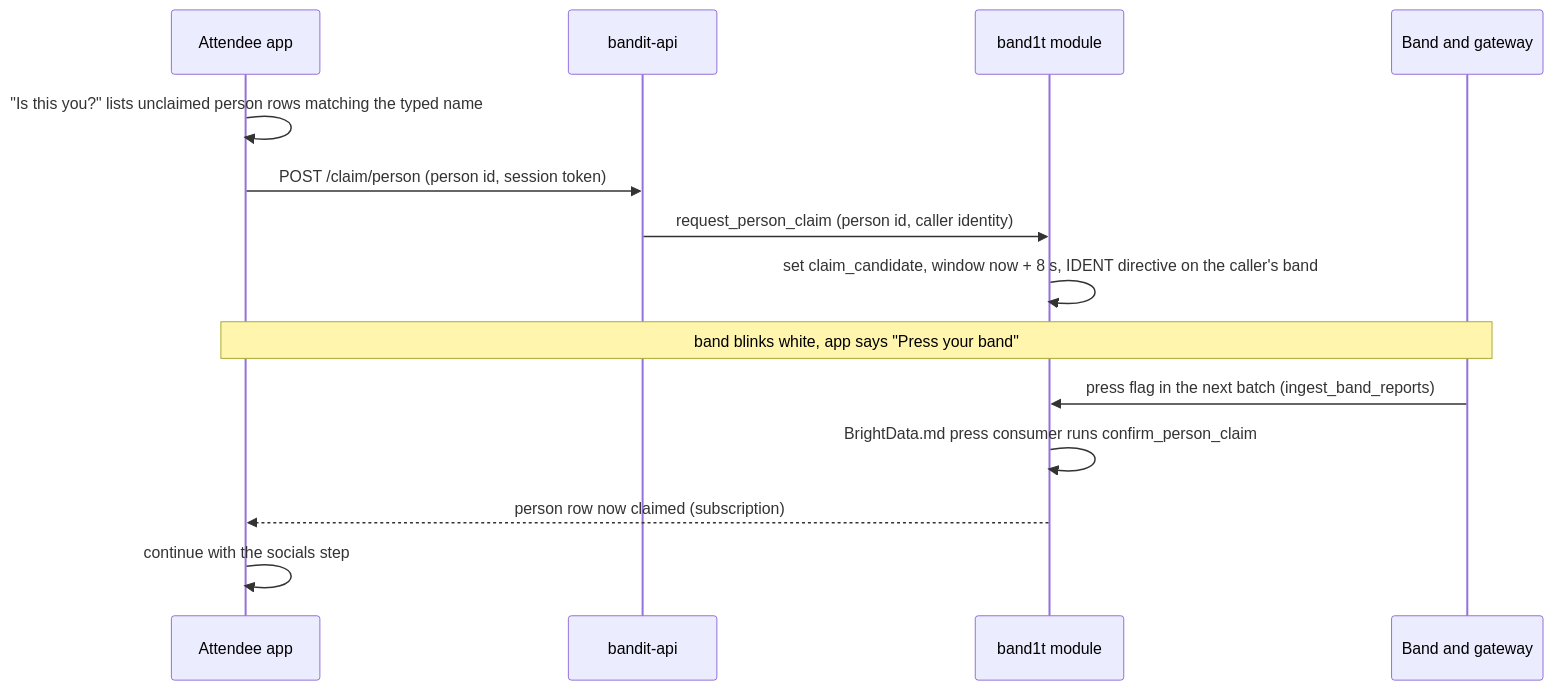
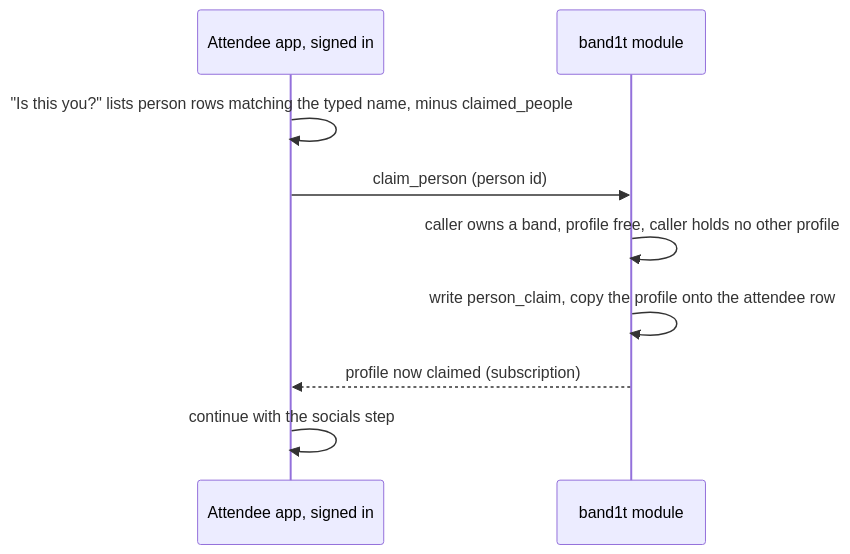
Before and after one commit to viktorinkov/cal-hacks-13: the third of 4 diagrams in System Design/7-integrations/BrightData.md, drawn with Mermaid. The commit also changed other lines of this file and 19 other files, not shown here.

````diff
--- a/System Design/7-integrations/BrightData.md
+++ b/System Design/7-integrations/BrightData.md
@@ -234,16 +239,11 @@
 ```mermaid
 sequenceDiagram
-  participant App as Attendee app
-  participant API as bandit-api
+  participant App as Attendee app, signed in
   participant Mod as band1t module
-  participant Band as Band and gateway
-  App->>App: "Is this you?" lists unclaimed person rows matching the typed name
-  App->>API: POST /claim/person (person id, session token)
-  API->>Mod: request_person_claim (person id, caller identity)
-  Mod->>Mod: set claim_candidate, window now + 8 s, IDENT directive on the caller's band
-  Note over App,Band: band blinks white, app says "Press your band"
-  Band->>Mod: press flag in the next batch (ingest_band_reports)
-  Mod->>Mod: BrightData.md press consumer runs confirm_person_claim
-  Mod-->>App: person row now claimed (subscription)
+  App->>App: "Is this you?" lists person rows matching the typed name, minus claimed_people
+  App->>Mod: claim_person (person id)
+  Mod->>Mod: caller owns a band, profile free, caller holds no other profile
+  Mod->>Mod: write person_claim, copy the profile onto the attendee row
+  Mod-->>App: profile now claimed (subscription)
   App->>App: continue with the socials step
 ```
````
